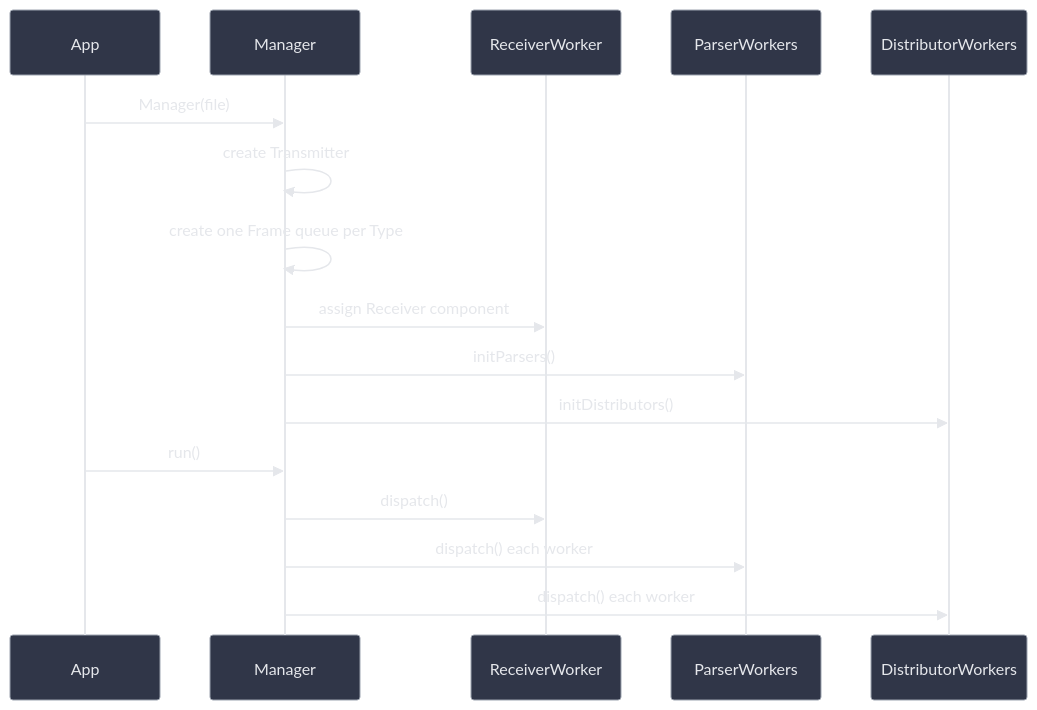
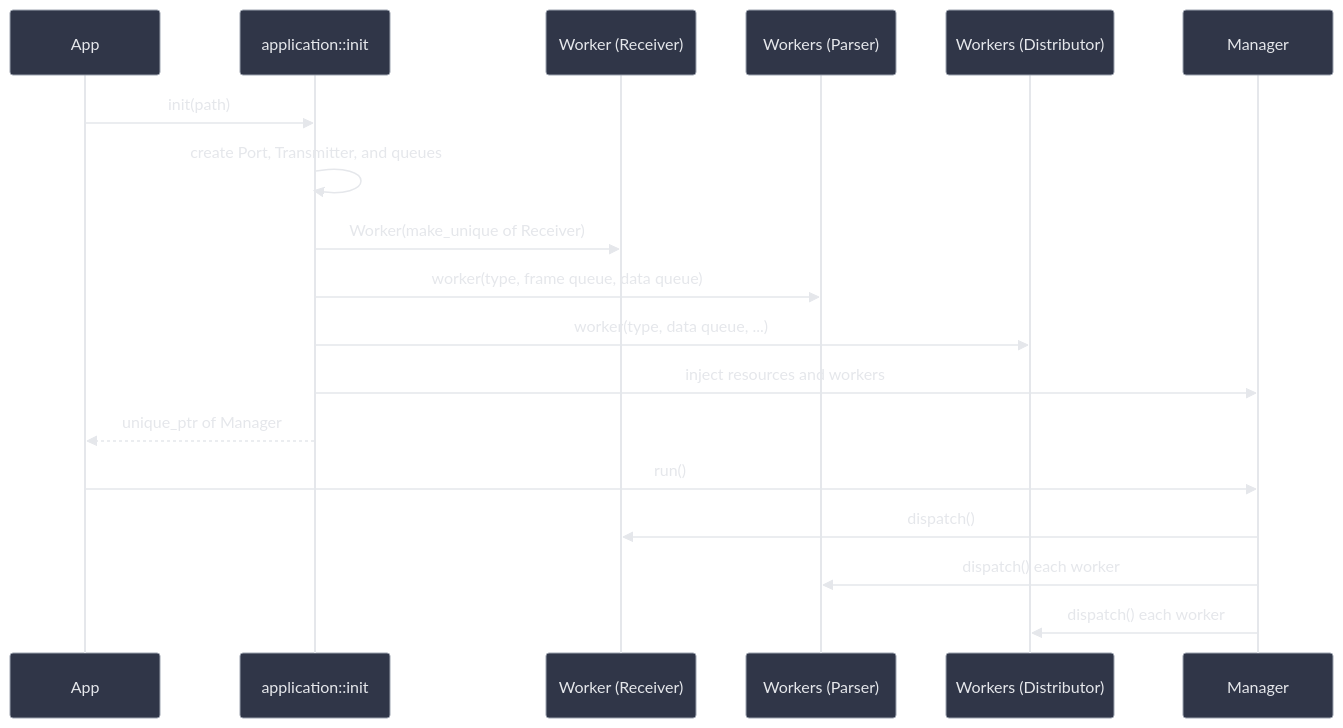
Before and after one commit to kei185/sensor-flow: the third of 3 diagrams in docs/architecture.md, drawn with Mermaid. The commit also changed other lines of this file and 10 other files, not shown here.

````diff
--- a/docs/architecture.md
+++ b/docs/architecture.md
@@ -149,20 +140,22 @@
 ```mermaid
 %%{init: {"theme": "base", "themeVariables": {"darkMode": true, "background": "#1F2230", "primaryColor": "#303648", "primaryTextColor": "#E5E7EB", "primaryBorderColor": "#9CA3AF", "lineColor": "#E5E7EB", "textColor": "#E5E7EB", "actorLineColor": "#E5E7EB", "signalColor": "#E5E7EB", "signalTextColor": "#E5E7EB"}}}%%
 sequenceDiagram
     participant App
+    participant Init as application::init
+    participant ReceiverStage as Worker (Receiver)
+    participant ParserStages as Workers (Parser)
+    participant DistributorStages as Workers (Distributor)
     participant Manager
-    participant ReceiverWorker
-    participant ParserWorkers
-    participant DistributorWorkers
 
-    App->>Manager: Manager(file)
-    Manager->>Manager: create Transmitter
-    Manager->>Manager: create one Frame queue per Type
-    Manager->>ReceiverWorker: assign Receiver component
-    Manager->>ParserWorkers: initParsers()
-    Manager->>DistributorWorkers: initDistributors()
+    App->>Init: init(path)
+    Init->>Init: create Port, Transmitter, and queues
+    Init->>ReceiverStage: Worker(make_unique of Receiver)
+    Init->>ParserStages: worker(type, frame queue, data queue)
+    Init->>DistributorStages: worker(type, data queue, ...)
+    Init->>Manager: inject resources and workers
+    Init-->>App: unique_ptr of Manager
     App->>Manager: run()
-    Manager->>ReceiverWorker: dispatch()
-    Manager->>ParserWorkers: dispatch() each worker
-    Manager->>DistributorWorkers: dispatch() each worker
+    Manager->>ReceiverStage: dispatch()
+    Manager->>ParserStages: dispatch() each worker
+    Manager->>DistributorStages: dispatch() each worker
 ```
````
